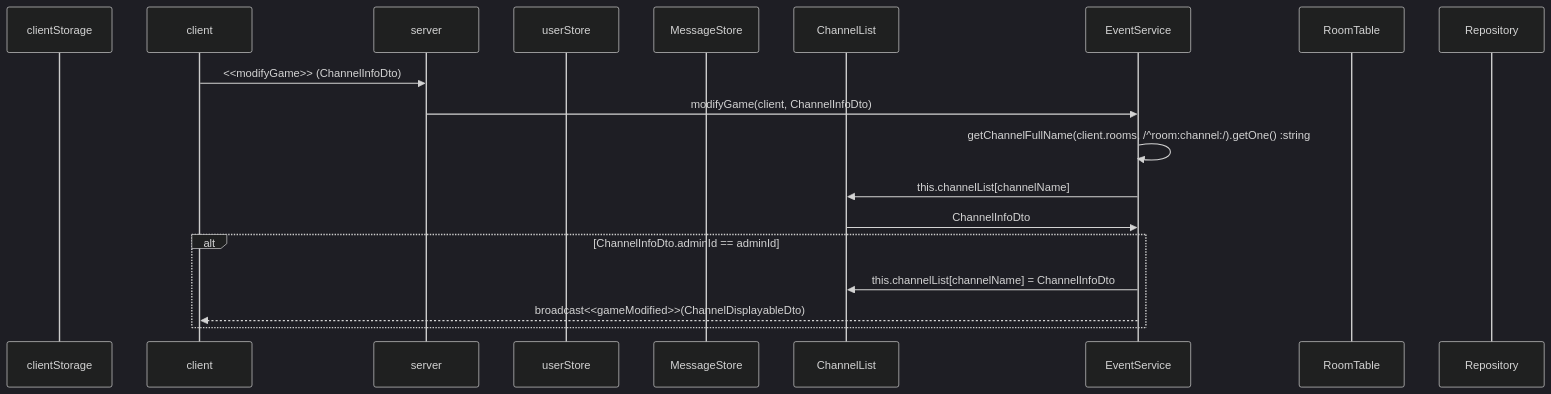
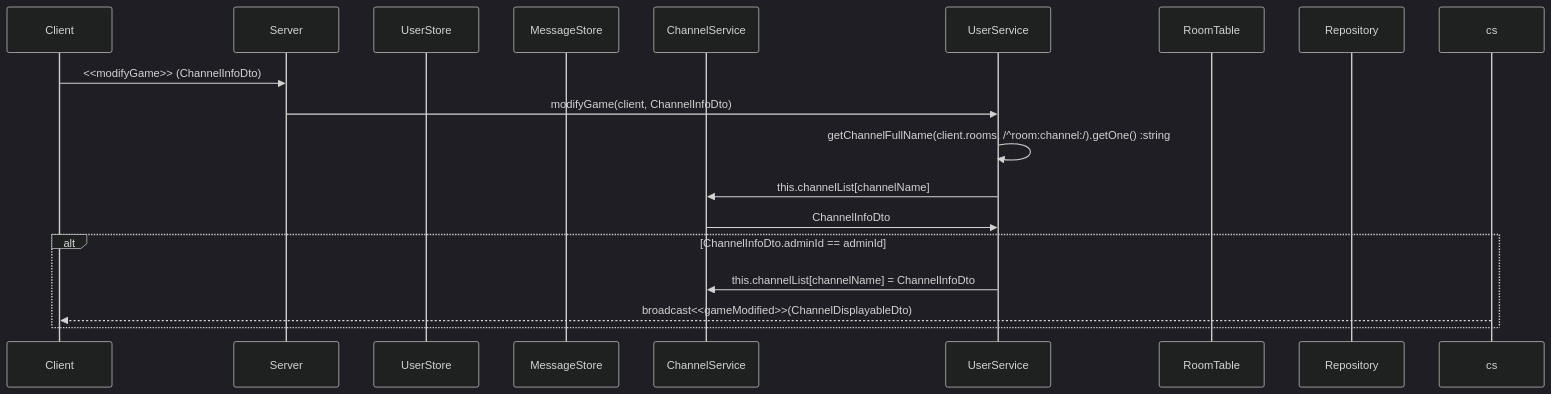
Diagram 11 of 20 in backend/node/app/event.md (mtak0235/simmons_transcendence), drawn with Mermaid (dark theme) before and after one commit. The commit also changed other lines of this file, not shown here.

Commit message:
refactor: 백엔드 소켓 시퀀스 다이어그램 순서 정리 & 요청 응답 값 구체화

````diff
--- a/backend/node/app/event.md
+++ b/backend/node/app/event.md
@@ -349,22 +460,21 @@
 ```mermaid
 sequenceDiagram
-participant cls as clientStorage
-participant c as client
-participant ga as server
-participant ss as userStore
+participant c as Client
+participant ga as Server
+participant ss as UserStore
 participant ms as MessageStore
-participant cns as ChannelList
-participant cs as EventService
+participant cns as ChannelService
+participant us as UserService
 participant rt as RoomTable
 participant r as Repository
 
 c->>ga: <<modifyGame>> (ChannelInfoDto)
-ga->>cs: modifyGame(client, ChannelInfoDto)
-cs->>cs: getChannelFullName(client.rooms, /^room:channel:/).getOne() :string
-cs->>cns: this.channelList[channelName]
-cns->>cs: ChannelInfoDto
+ga->>us: modifyGame(client, ChannelInfoDto)
+us->>us: getChannelFullName(client.rooms, /^room:channel:/).getOne() :string
+us->>cns: this.channelList[channelName]
+cns->>us: ChannelInfoDto
 alt ChannelInfoDto.adminId == adminId
-cs->>cns: this.channelList[channelName] = ChannelInfoDto
+us->>cns: this.channelList[channelName] = ChannelInfoDto
 cs-->>c: broadcast<<gameModified>>(ChannelDisplayableDto)
 end
 ```
````
